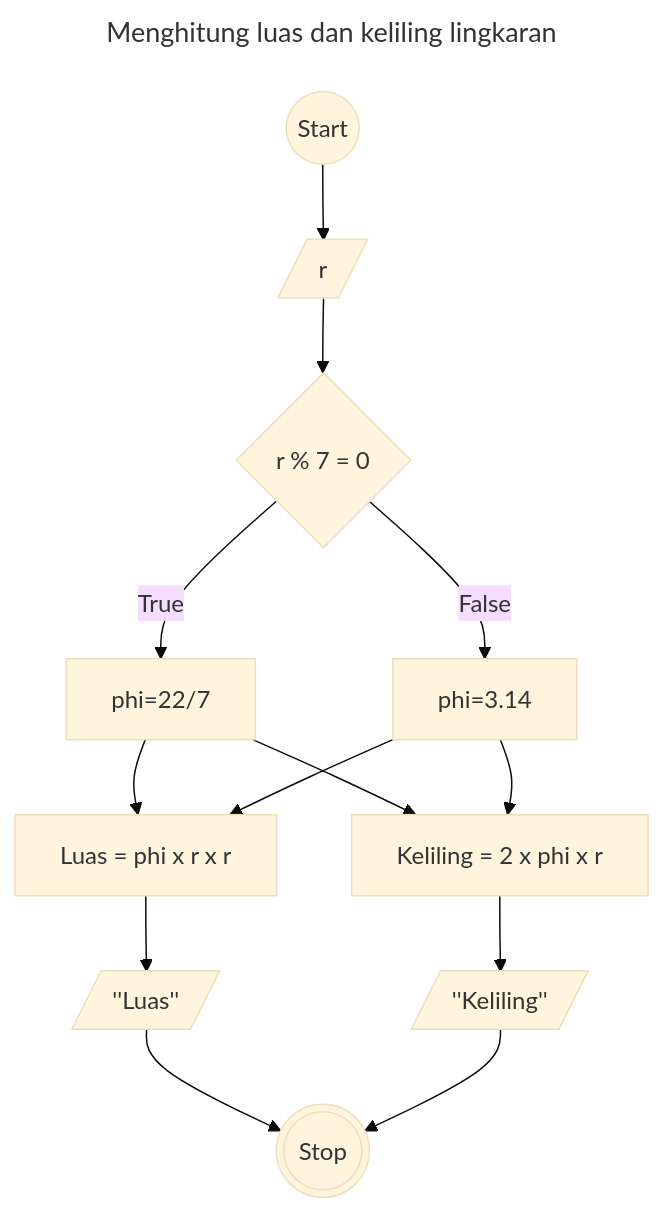
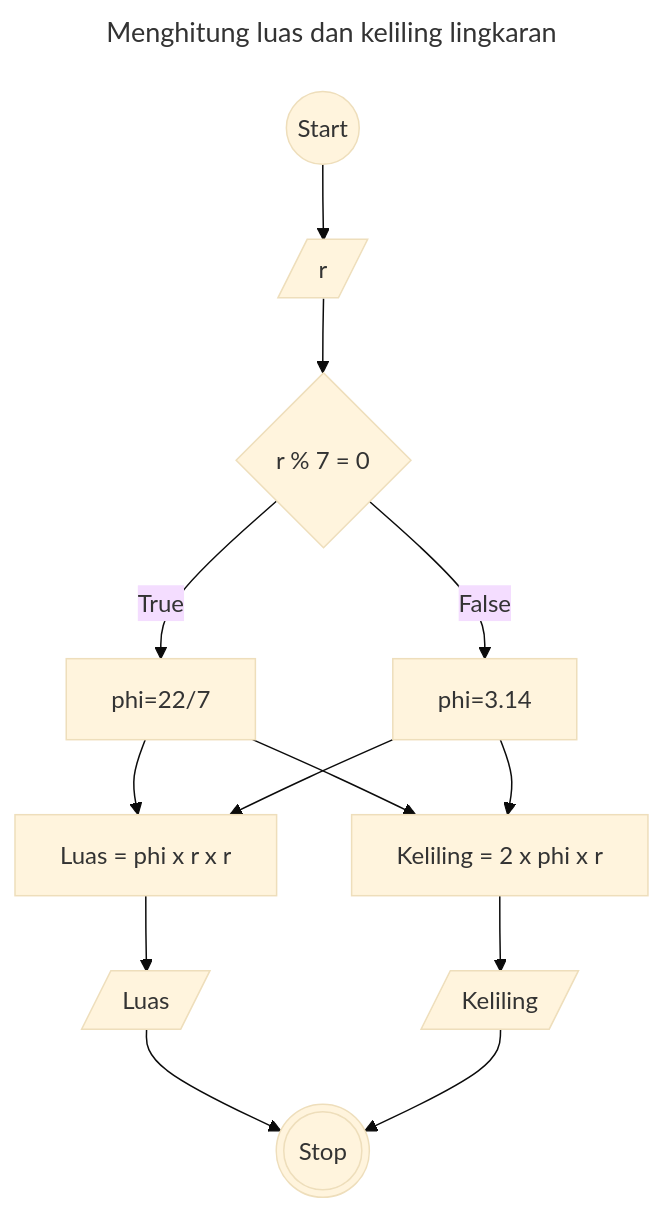
Before and after one commit to ItsnaMaulanaHasan/koda-b4-algoritma: the diagram in minitask5-flowchart.md, drawn with Mermaid (base theme).

````diff
--- a/minitask5-flowchart.md
+++ b/minitask5-flowchart.md
@@ -3,24 +3,24 @@
 ```mermaid
 ---
     title: Menghitung luas dan keliling lingkaran
 ---
 flowchart TD
     id1((Start))
     id2[/r/]
     id1 --> id2
     id3{r % 7 = 0}
     id2 --> id3
     id4[phi=22/7]
     id5[phi=3.14]
     id3 -- True --> id4
     id3 -- False --> id5
     id6[Luas = phi x r x r]
     id7[Keliling = 2 x phi x r]
     id4 & id5 --> id6 & id7
-    id8[/''Luas''/]
-    id9[/''Keliling''/]
+    id8[/Luas/]
+    id9[/Keliling/]
     id6 --> id8
     id7 --> id9
     id10(((Stop)))
     id8 & id9 --> id10
 ```
````
